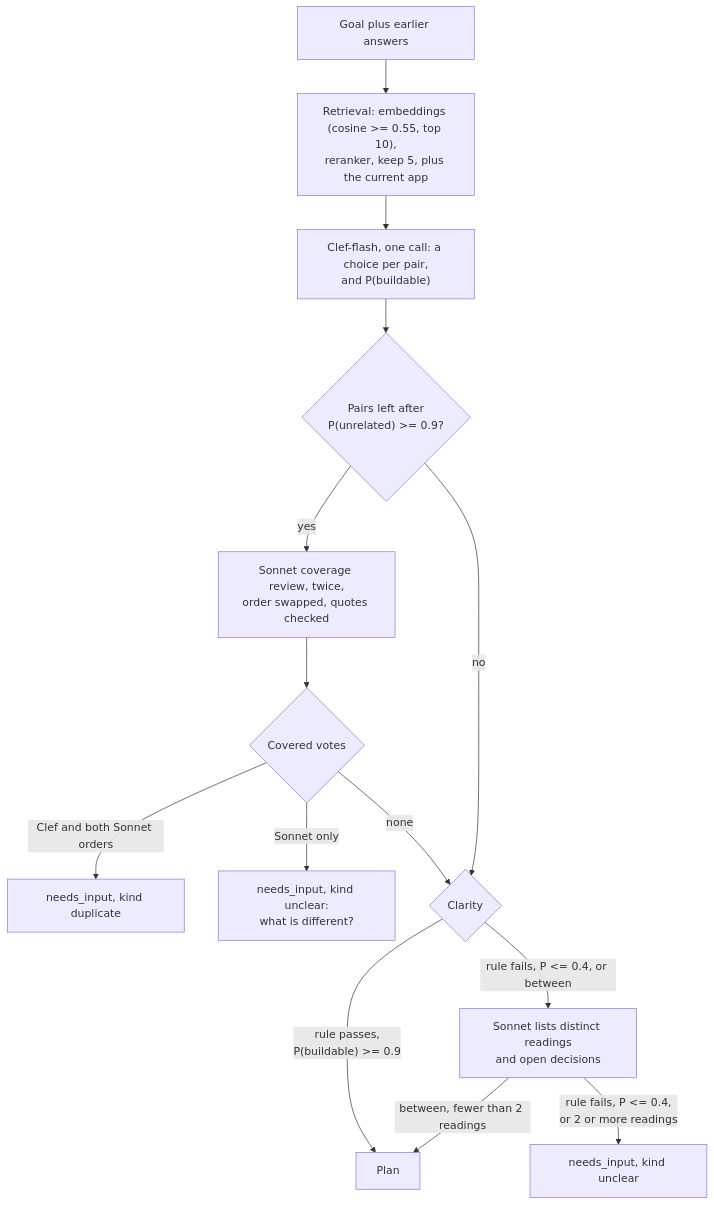
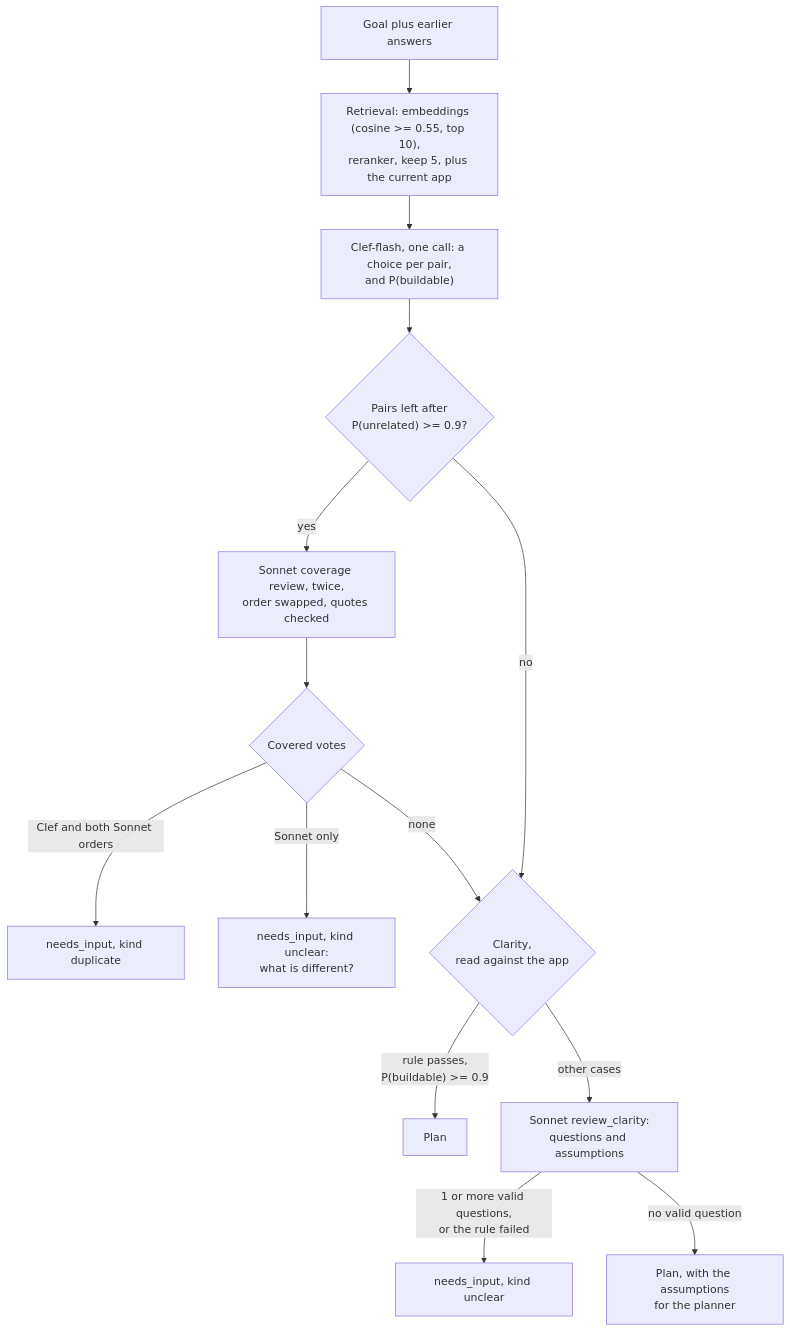
One commit to nsudhanva/rhumbatron changed the second of 5 diagrams in docs/architecture/shared-projects.md. Above: the diagram before and after it, drawn with Mermaid. The commit also changed other lines of this file and 97 other files, not shown here.

````diff
--- a/docs/architecture/shared-projects.md
+++ b/docs/architecture/shared-projects.md
@@ -142,16 +148,16 @@
 ```mermaid
 flowchart TB
   G["Goal plus earlier answers"] --> R["Retrieval: embeddings (cosine >= 0.55, top 10),<br/>reranker, keep 5, plus the current app"]
   R --> C["Clef-flash, one call: a choice per pair,<br/>and P(buildable)"]
   C --> D{"Pairs left after<br/>P(unrelated) >= 0.9?"}
   D -->|"yes"| S["Sonnet coverage review, twice,<br/>order swapped, quotes checked"]
   S --> V{"Covered votes"}
   V -->|"Clef and both Sonnet orders"| DUP["needs_input, kind duplicate"]
   V -->|"Sonnet only"| ASK1["needs_input, kind unclear:<br/>what is different?"]
   V -->|"none"| CL
-  D -->|"no"| CL{"Clarity"}
+  D -->|"no"| CL{"Clarity,<br/>read against the app"}
   CL -->|"rule passes,<br/>P(buildable) >= 0.9"| PLAN["Plan"]
-  CL -->|"rule fails, P <= 0.4, or between"| I["Sonnet lists distinct readings<br/>and open decisions"]
-  I -->|"rule fails, P <= 0.4,<br/>or 2 or more readings"| ASK2["needs_input, kind unclear"]
-  I -->|"between, fewer than 2 readings"| PLAN
+  CL -->|"other cases"| I["Sonnet review_clarity:<br/>questions and assumptions"]
+  I -->|"1 or more valid questions,<br/>or the rule failed"| ASK2["needs_input, kind unclear"]
+  I -->|"no valid question"| PLAN2["Plan, with the assumptions<br/>for the planner"]
 ```
````
